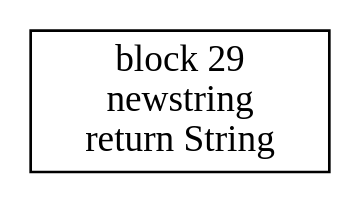
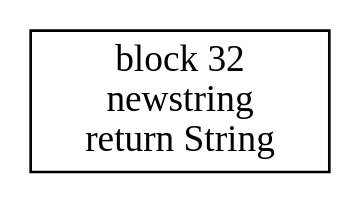
The diagram in testcases/String.concat(int)String.dot (FGiuliari/elaborato-kitten), drawn with Graphviz before and after one commit. The commit also changed 28 other files, not shown here.

```diff
--- a/testcases/String.concat(int)String.dot
+++ b/testcases/String.concat(int)String.dot
@@ -1,4 +1,4 @@
 digraph "String.concat(int)String" {
 size = "11,7.5";
-codeblock_29 [ shape = box, label = "block 29\nnewstring \nreturn String"];
+codeblock_32 [ shape = box, label = "block 32\nnewstring \nreturn String"];
 }
```
